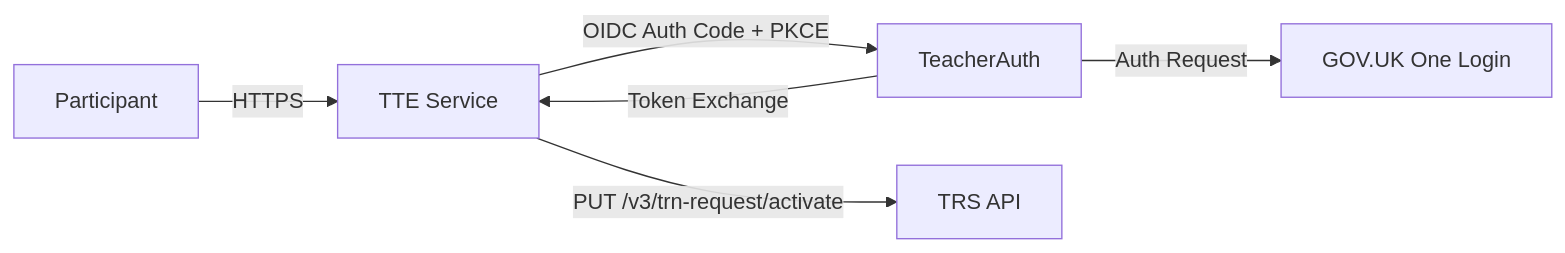
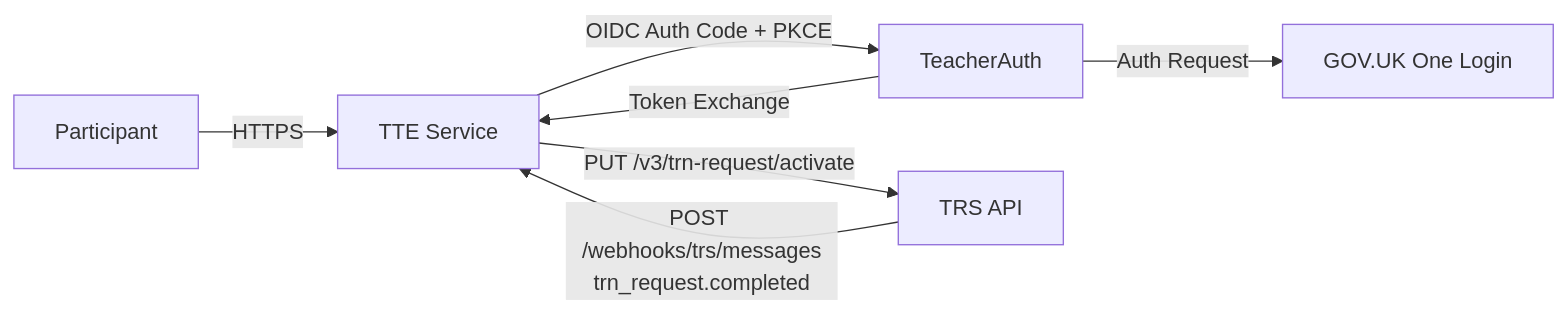
Before and after one commit to DFE-Digital/teacher-training-entitlement: the diagram in documentation/integrations/govuk-one-login.md, drawn with Mermaid. The commit also changed other lines of this file and 20 other files, not shown here.

Commit message:
[870] Accept TrnRequestCompleted webhooks from TRS

````diff
--- a/documentation/integrations/govuk-one-login.md
+++ b/documentation/integrations/govuk-one-login.md
@@ -21,8 +21,9 @@
 ```mermaid
 flowchart LR
     P[Participant] -->|HTTPS| TTE[TTE Service]
     TTE -->|OIDC Auth Code + PKCE| TA[TeacherAuth]
     TA -->|Auth Request| OL[GOV.UK One Login]
     TA -->|Token Exchange| TTE
     TTE -->|PUT /v3/trn-request/activate| TRS[TRS API]
+    TRS -->|POST /webhooks/trs/messages<br/>trn_request.completed| TTE
 ```
````
